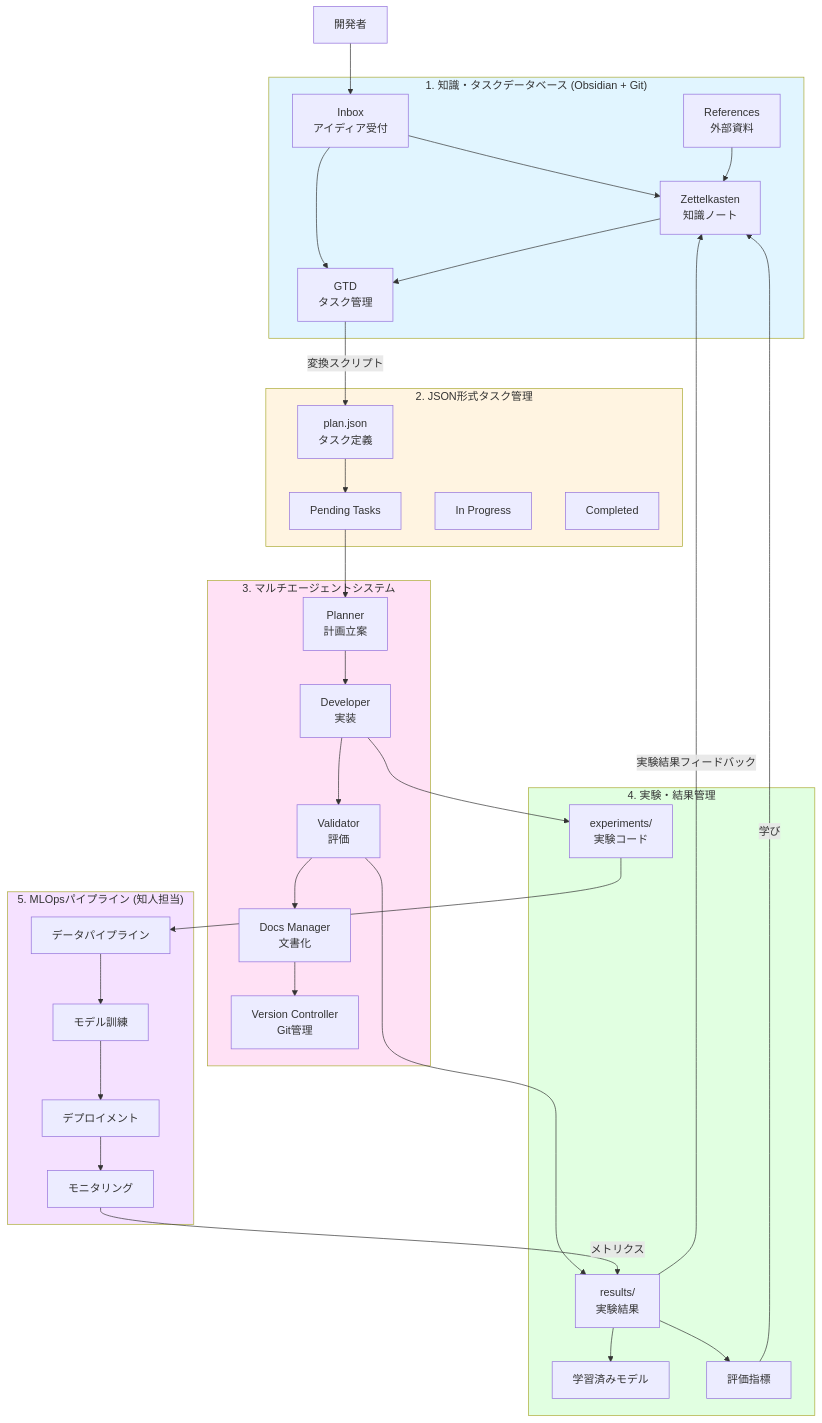
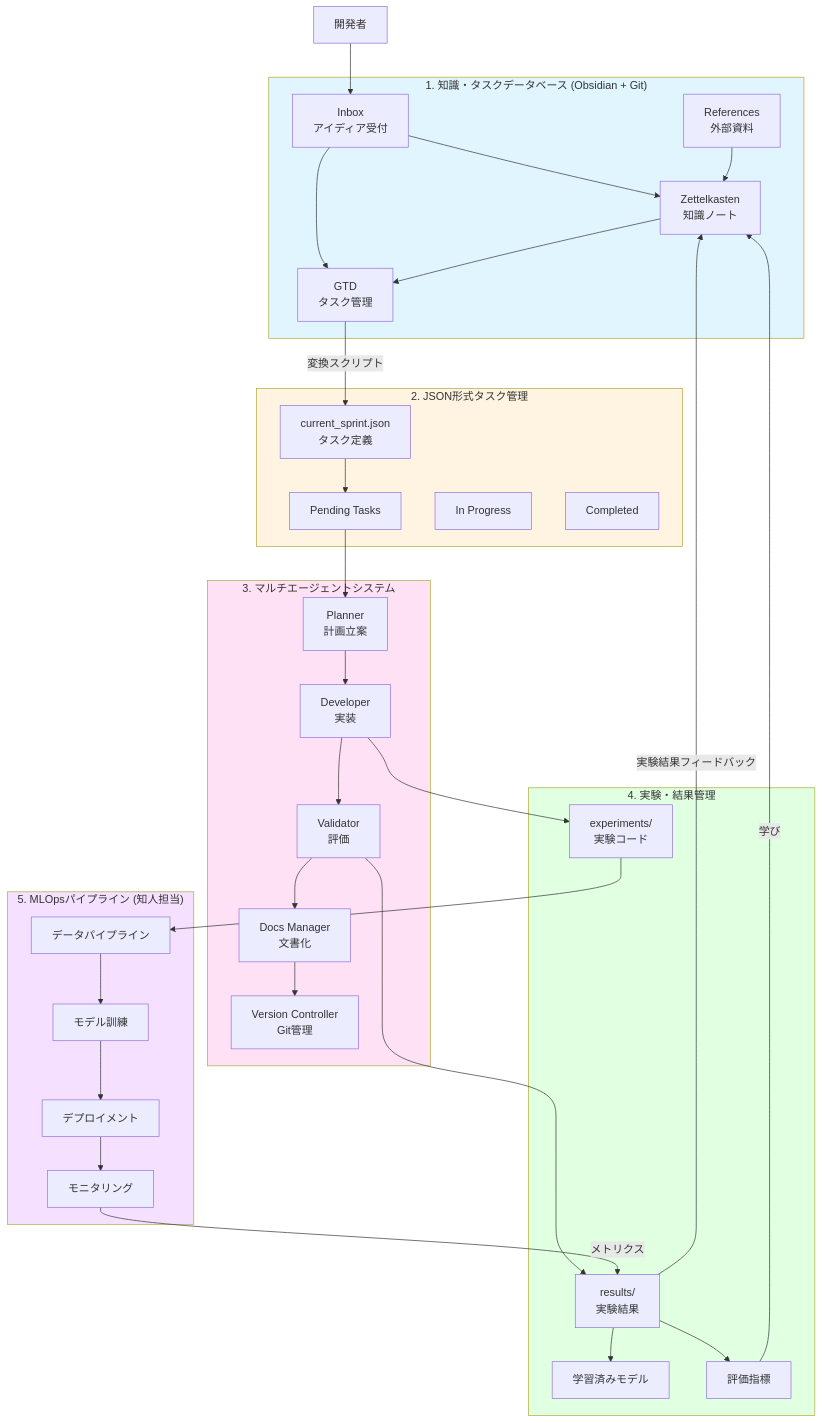
The first of 7 diagrams in docs/project_architecture.md (takenet193/Kaggle_sandbox), drawn with Mermaid before and after one commit. The commit also changed other lines of this file and 107 other files, not shown here.

````diff
--- a/docs/project_architecture.md
+++ b/docs/project_architecture.md
@@ -26,72 +26,72 @@
 ```mermaid
 graph TB
     subgraph KB["1. 知識・タスクデータベース (Obsidian + Git)"]
         Inbox[Inbox<br/>アイディア受付]
         ZK[Zettelkasten<br/>知識ノート]
         GTD[GTD<br/>タスク管理]
         Ref[References<br/>外部資料]
     end
 
     subgraph TM["2. JSON形式タスク管理"]
-        PlanJSON[plan.json<br/>タスク定義]
+        PlanJSON[current_sprint.json<br/>タスク定義]
         TaskPending[Pending Tasks]
         TaskProgress[In Progress]
         TaskCompleted[Completed]
     end
 
     subgraph MAS["3. マルチエージェントシステム"]
         Planner[Planner<br/>計画立案]
         Developer[Developer<br/>実装]
         Validator[Validator<br/>評価]
         DocsManager[Docs Manager<br/>文書化]
         VersionController[Version Controller<br/>Git管理]
     end
 
     subgraph ER["4. 実験・結果管理"]
         ExpDir[experiments/<br/>実験コード]
         ResDir[results/<br/>実験結果]
         Models[学習済みモデル]
         Metrics[評価指標]
     end
 
     subgraph MLOPS["5. MLOpsパイプライン (知人担当)"]
         Pipeline[データパイプライン]
         Training[モデル訓練]
         Deploy[デプロイメント]
         Monitor[モニタリング]
     end
 
     User[開発者] --> Inbox
     Inbox --> ZK
     Inbox --> GTD
     Ref --> ZK
     ZK --> GTD
     GTD -->|変換スクリプト| PlanJSON
     
     PlanJSON --> TaskPending
     TaskPending --> Planner
     Planner --> Developer
     Developer --> Validator
     Validator --> DocsManager
     DocsManager --> VersionController
     
     Developer --> ExpDir
     Validator --> ResDir
     ResDir --> Models
     ResDir --> Metrics
     
     ResDir -->|実験結果フィードバック| ZK
     Metrics -->|学び| ZK
     
     ExpDir --> Pipeline
     Pipeline --> Training
     Training --> Deploy
     Deploy --> Monitor
     Monitor -->|メトリクス| ResDir
 
     style KB fill:#e1f5ff
     style TM fill:#fff4e1
     style MAS fill:#ffe1f5
     style ER fill:#e1ffe1
     style MLOPS fill:#f5e1ff
 ```
````
